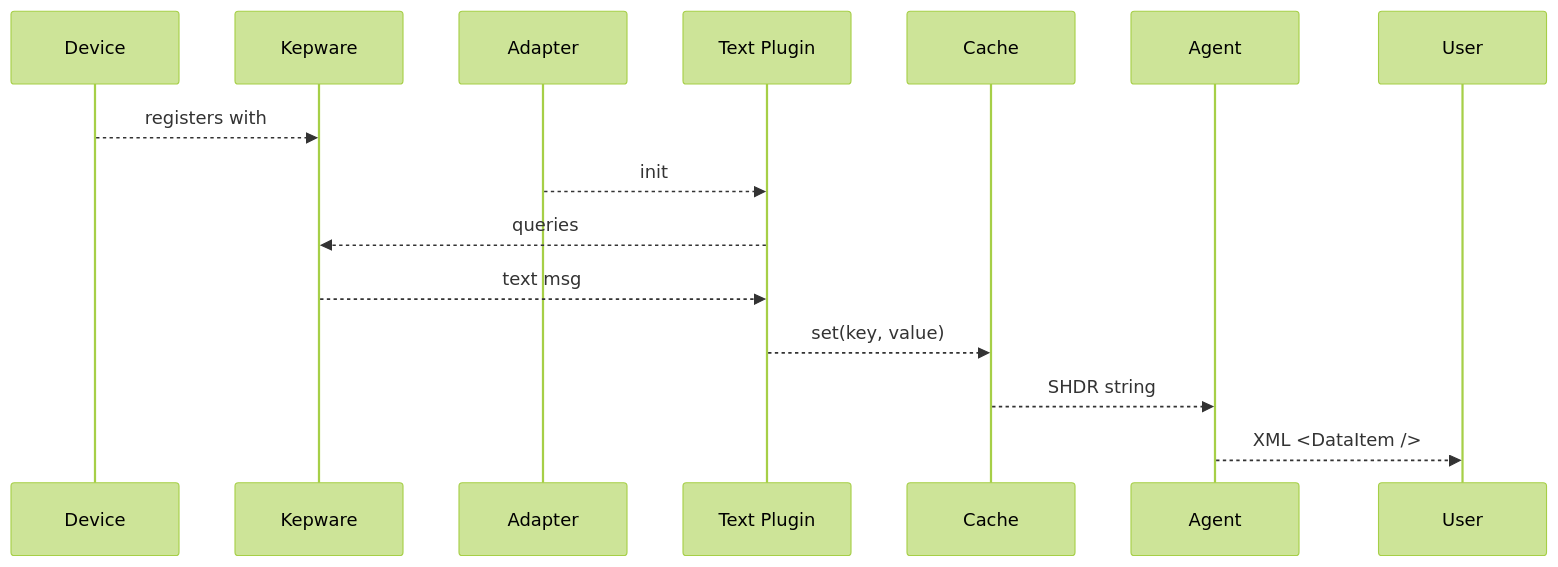
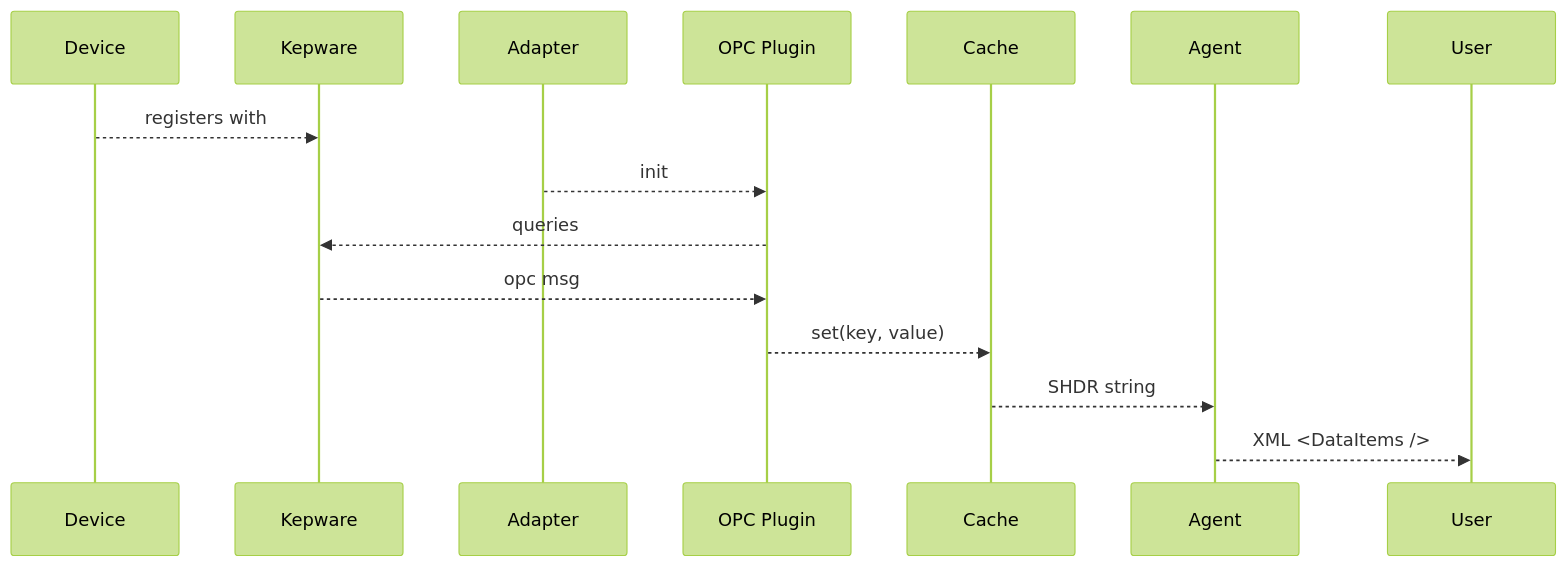
The third of 3 diagrams in design/plugins.md (Ladder99/ladder99), drawn with Mermaid (forest theme) before and after one commit. The commit also changed other lines of this file, not shown here.

````diff
--- a/design/plugins.md
+++ b/design/plugins.md
@@ -30,20 +53,20 @@
 ```mermaid
 sequenceDiagram
 
 participant device as Device
 participant kepware as Kepware
 participant adapter as Adapter
-participant plugin as Text Plugin
+participant plugin as OPC Plugin
 participant cache as Cache
 participant agent as Agent
 participant user as User
 
 device -->> kepware: registers with
 adapter -->> plugin: init
 plugin -->> kepware: queries
-kepware -->> plugin: text msg
+kepware -->> plugin: opc msg
 plugin -->> cache: set(key, value)
 cache -->> agent: SHDR string
-agent -->> user: XML <DataItem />
+agent -->> user: XML <DataItems />
 
 ```
````
